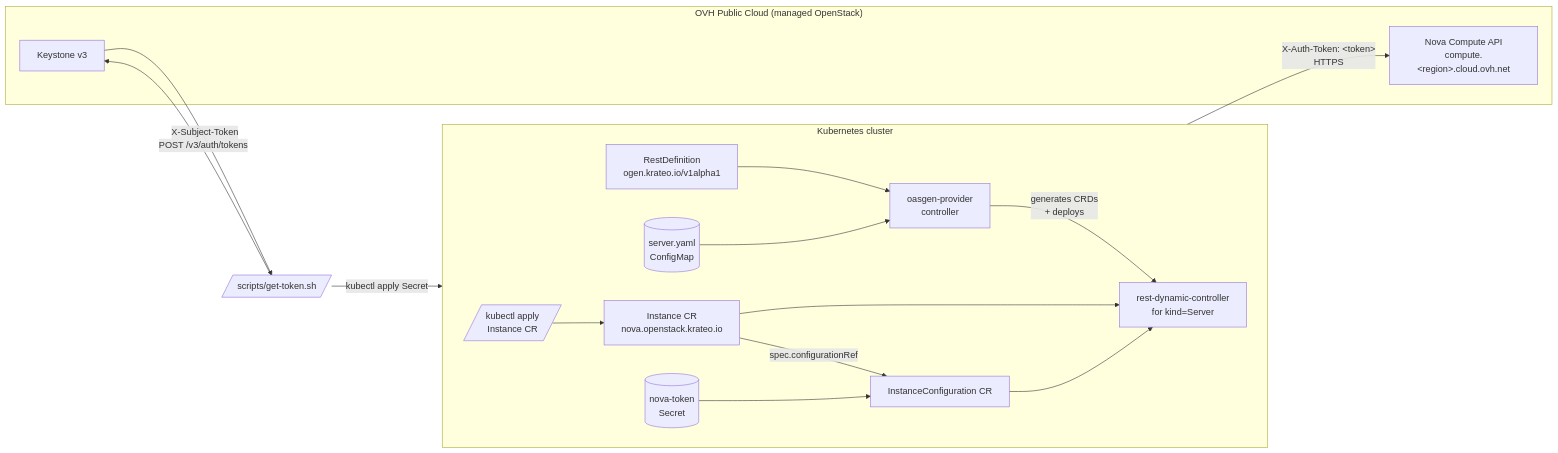
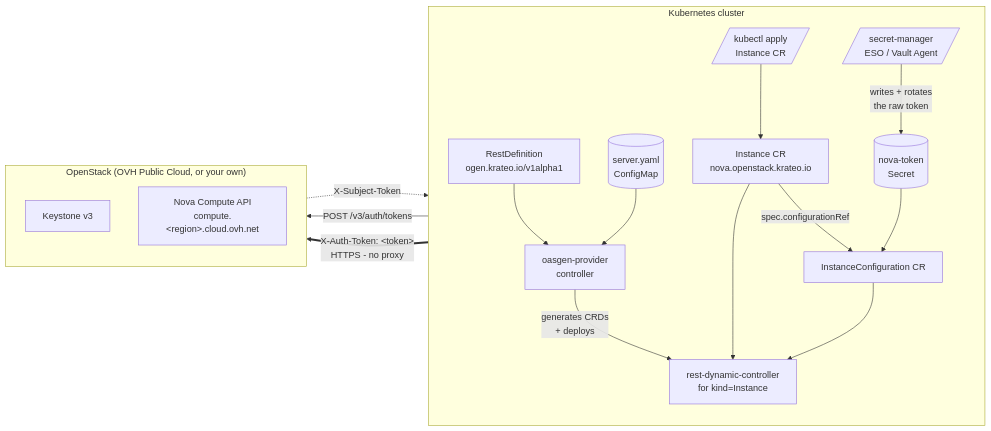
The diagram in docs/architecture.md (krateo-blueprints/openstack-nova-operator-kog), drawn with Mermaid before and after one commit. The commit also changed 9 other files, not shown here.

````diff
--- a/docs/architecture.md
+++ b/docs/architecture.md
@@ -12,34 +12,35 @@
 ```mermaid
 flowchart LR
     subgraph K8s["Kubernetes cluster"]
-        direction LR
+        direction TB
         user[/"kubectl apply<br/>Instance CR"/]
-        oasgen[oasgen-provider<br/>controller]
-        rdc[rest-dynamic-controller<br/>for kind=Server]
-        secret[(nova-token<br/>Secret)]
-        oasCfg[(server.yaml<br/>ConfigMap)]
-        rd[RestDefinition<br/>ogen.krateo.io/v1alpha1]
         cr[Instance CR<br/>nova.openstack.krateo.io]
         cfg[InstanceConfiguration CR]
+        rd[RestDefinition<br/>ogen.krateo.io/v1alpha1]
+        oasCfg[(server.yaml<br/>ConfigMap)]
+        oasgen[oasgen-provider<br/>controller]
+        rdc[rest-dynamic-controller<br/>for kind=Instance]
+        secret[(nova-token<br/>Secret)]
+        sm[/"secret-manager<br/>ESO / Vault Agent"/]
 
         user --> cr
         rd --> oasgen
         oasCfg --> oasgen
         oasgen -->|generates CRDs<br/>+ deploys| rdc
         cr -->|spec.configurationRef| cfg
         cr --> rdc
         cfg --> rdc
+        sm -->|"writes + rotates<br/>the raw token"| secret
         secret --> cfg
     end
 
-    rdc -->|"X-Auth-Token: &lt;token&gt;"<br/>HTTPS| ovh
-
-    subgraph OVH["OVH Public Cloud (managed OpenStack)"]
+    subgraph OS["OpenStack (OVH Public Cloud, or your own)"]
+        direction TB
         keystone[Keystone v3]
-        ovh[Nova Compute API<br/>compute.&lt;region&gt;.cloud.ovh.net]
+        nova[Nova Compute API<br/>compute.&lt;region&gt;.cloud.ovh.net]
     end
 
-    user2[/"scripts/get-token.sh"/] -->|"POST /v3/auth/tokens"| keystone
-    keystone -->|"X-Subject-Token"| user2
-    user2 -->|"kubectl apply Secret"| secret
+    sm -->|"POST /v3/auth/tokens"| keystone
+    keystone -.->|"X-Subject-Token"| sm
+    rdc ==>|"X-Auth-Token: &lt;token&gt;<br/>HTTPS - no proxy"| nova
 ```
````
